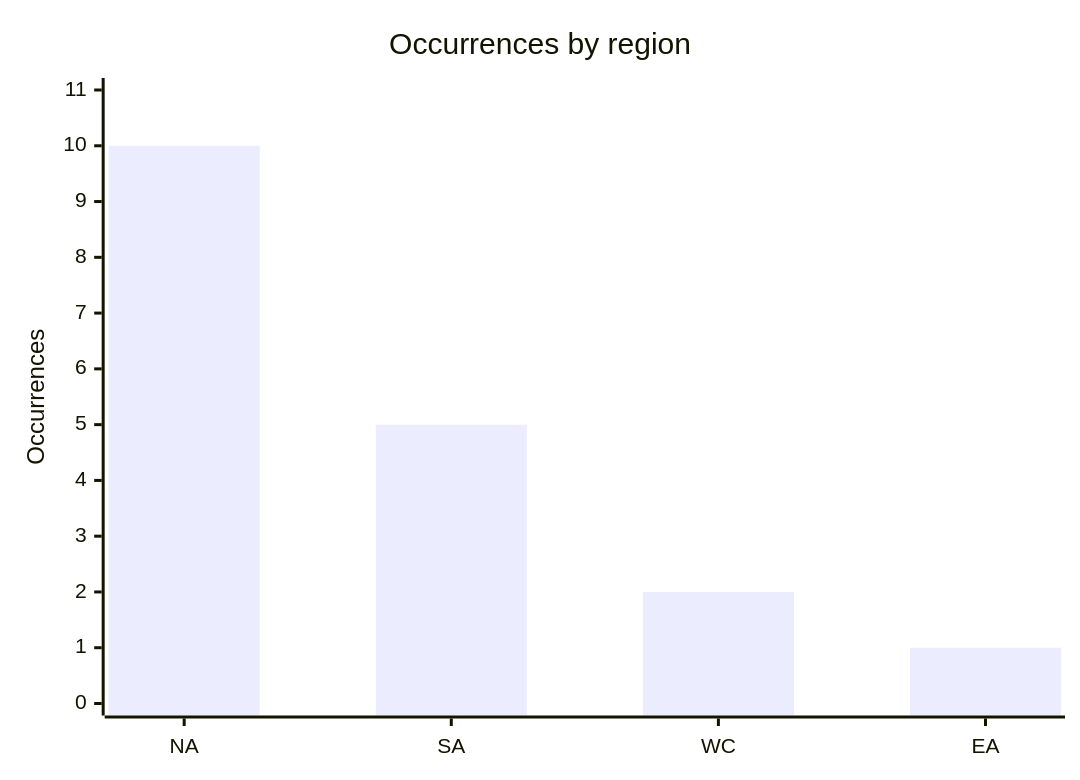
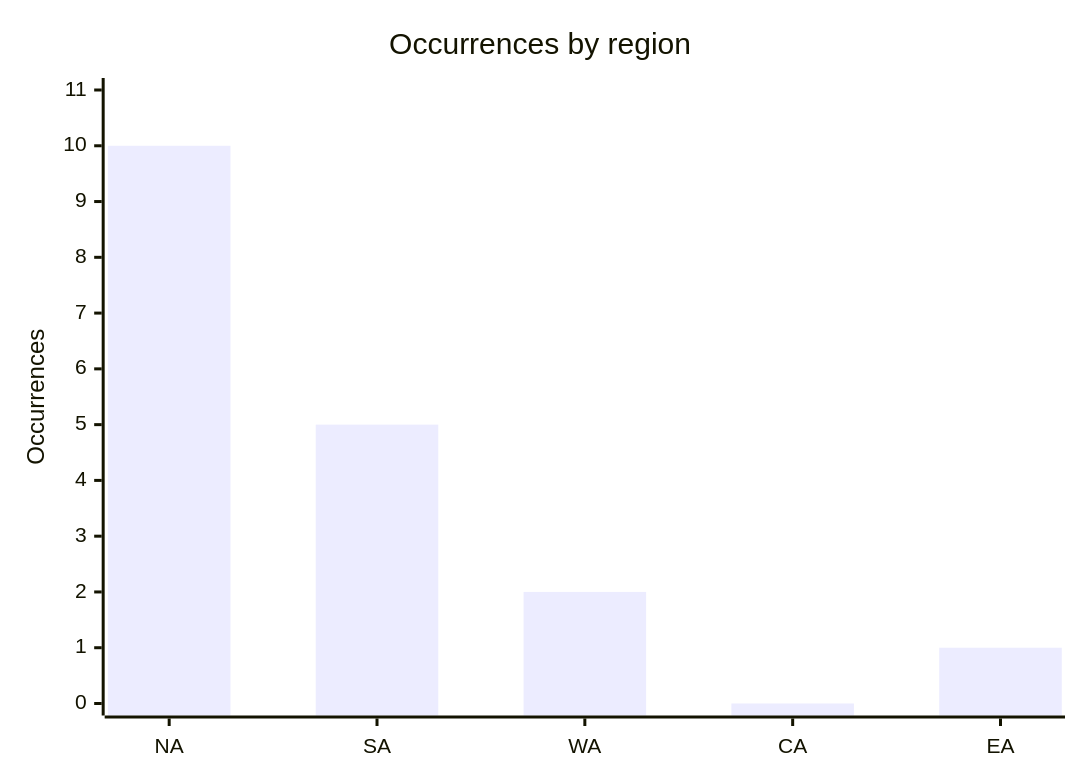
Before and after one commit to Hatchepsoute/AFRINTEL: the third of 4 diagrams in CyberAttackAfrica/2025/12-december/README.md, drawn with Mermaid. The commit also changed other lines of this file and 109 other files, not shown here.

````diff
--- a/CyberAttackAfrica/2025/12-december/README.md
+++ b/CyberAttackAfrica/2025/12-december/README.md
@@ -149,7 +150,7 @@
 ```mermaid
 xychart
     title "Occurrences by region"
-    x-axis ["NA","SA","WC","EA"]
+    x-axis ["NA","SA","WA","CA","EA"]
     y-axis "Occurrences" 0 --> 11
-    bar [10,5,2,1]
+    bar [10,5,2,0,1]
 ```
````
